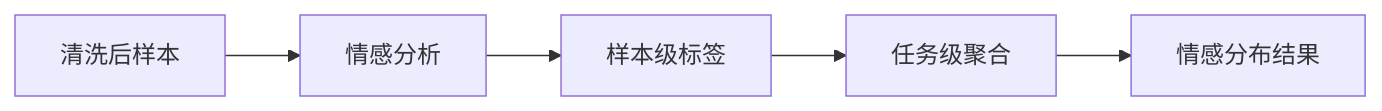
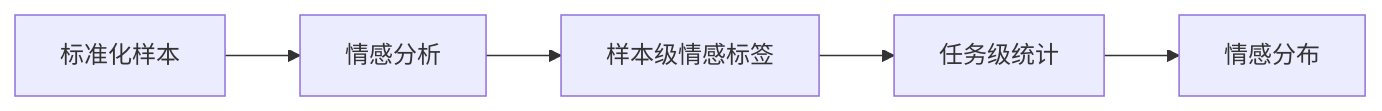
Before and after one commit to juemimgcd/sentiFlow: the sixth of 18 diagrams in steps/day1-day15-summary.md, drawn with Mermaid. The commit also changed other lines of this file and 2 other files, not shown here.

````diff
--- a/steps/day1-day15-summary.md
+++ b/steps/day1-day15-summary.md
@@ -177,7 +204,7 @@
 ```mermaid
 flowchart LR
-    A[清洗后样本] --> B[情感分析]
-    B --> C[样本级标签]
-    C --> D[任务级聚合]
-    D --> E[情感分布结果]
+    A[标准化样本] --> B[情感分析]
+    B --> C[样本级情感标签]
+    C --> D[任务级统计]
+    D --> E[情感分布]
 ```
````
